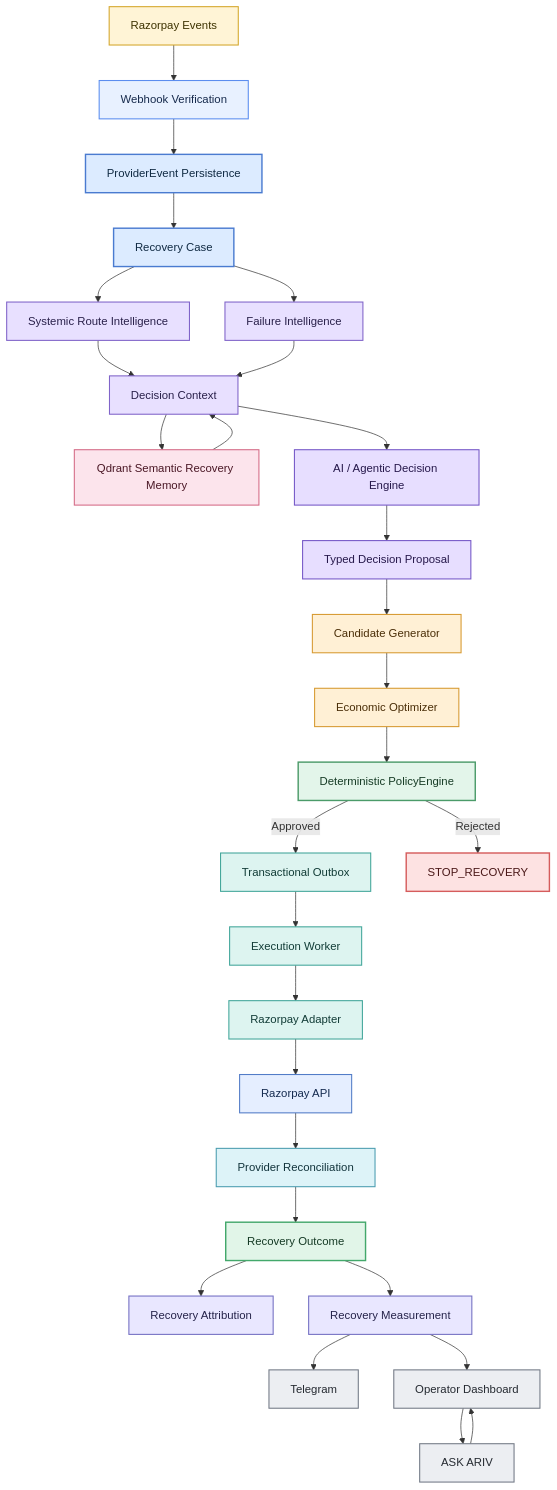
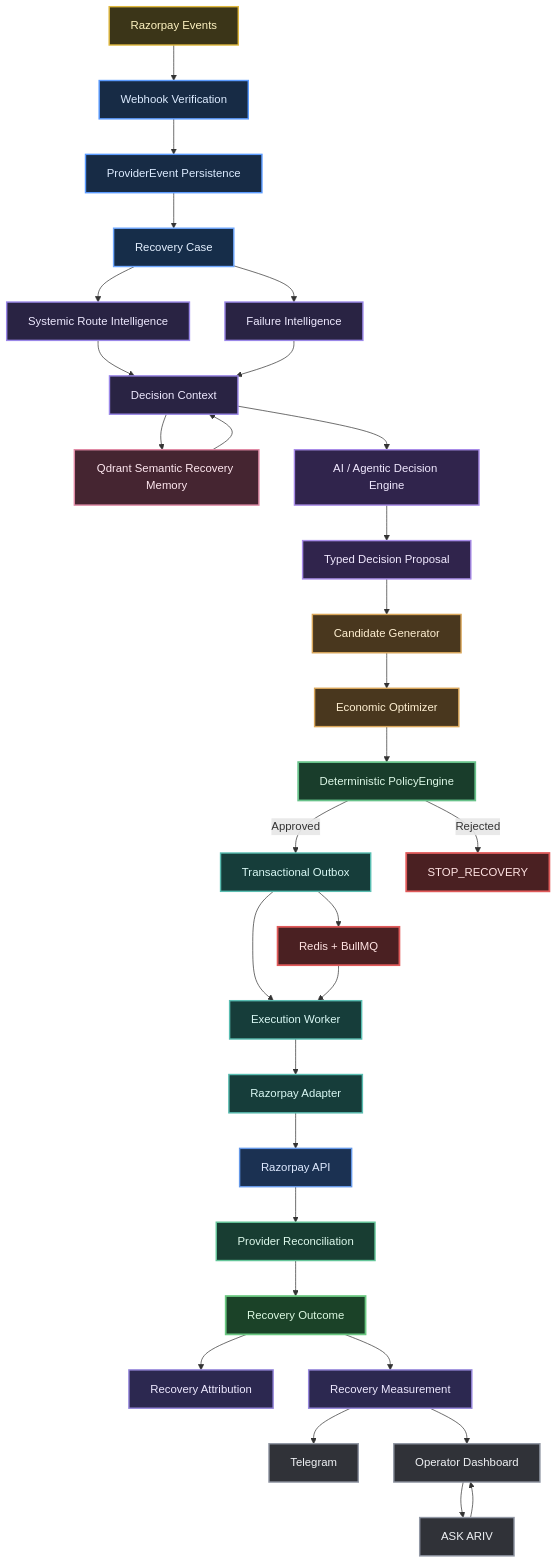
The diagram in README.md (praveen0767/ARIV), drawn with Mermaid before and after one commit.

````diff
--- a/README.md
+++ b/README.md
@@ -161,4 +161,5 @@
 ```mermaid
+
 flowchart TD
     RP[Razorpay Events] --> WH[Webhook Verification]
     WH --> PE[ProviderEvent Persistence]
@@ -197,64 +198,98 @@
     UI --> ASK[ASK ARIV]
     ASK --> UI
 
-    %% =========================
-    %% ARIV SYSTEM COLOR PALETTE
-    %% =========================
+    %% ========================================
+    %% REDIS / QUEUE INFRASTRUCTURE
+    %% ========================================
 
-    classDef provider fill:#FFF4D6,stroke:#D4A72C,color:#3D3200,stroke-width:1.5px;
-    classDef ingestion fill:#E8F1FF,stroke:#5B8DEF,color:#172B4D,stroke-width:1.5px;
-    classDef database fill:#DCEBFF,stroke:#4A7BD0,color:#102A43,stroke-width:2px;
-    classDef intelligence fill:#E8E0FF,stroke:#8064C9,color:#29204A,stroke-width:1.5px;
-    classDef memory fill:#FCE4EC,stroke:#D46A86,color:#4A1725,stroke-width:1.5px;
-    classDef agentic fill:#E7DEFF,stroke:#7557C7,color:#26184B,stroke-width:1.5px;
-    classDef economics fill:#FFF0D5,stroke:#D79A32,color:#4A2E08,stroke-width:1.5px;
-    classDef policy fill:#E3F5EA,stroke:#4B9B69,color:#163B25,stroke-width:2px;
-    classDef execution fill:#DDF4F0,stroke:#42A69A,color:#123C37,stroke-width:1.5px;
-    classDef api fill:#E5EEFF,stroke:#527CC7,color:#152B50,stroke-width:1.5px;
-    classDef reconciliation fill:#DDF3F8,stroke:#4B9DB0,color:#12343C,stroke-width:1.5px;
-    classDef outcome fill:#E1F5E8,stroke:#43A86B,color:#153A25,stroke-width:2px;
-    classDef measurement fill:#E9E7FF,stroke:#736FC2,color:#25234A,stroke-width:1.5px;
-    classDef operator fill:#ECEEF2,stroke:#737A86,color:#252A31,stroke-width:1.5px;
-    classDef stop fill:#FDE2E2,stroke:#D55C5C,color:#4A1818,stroke-width:2px;
+    REDIS[Redis + BullMQ] --> WK
+    OUT --> REDIS
 
-    %% Provider boundary
+    %% ========================================
+    %% DARK ARIV COLOR PALETTE
+    %% ========================================
+
+    %% Razorpay / External Provider
+    classDef provider fill:#3B3518,stroke:#E0B93F,color:#FFF4C2,stroke-width:2px;
+
+    %% Event Ingestion / Persistence
+    classDef ingestion fill:#172B45,stroke:#5B9BFF,color:#DCEBFF,stroke-width:2px;
+
+    %% Recovery Case
+    classDef case fill:#162D49,stroke:#6FA8FF,color:#E4F0FF,stroke-width:2px;
+
+    %% Intelligence Layer
+    classDef intelligence fill:#292343,stroke:#9A87E8,color:#EEE9FF,stroke-width:2px;
+
+    %% Qdrant Semantic Memory
+    classDef memory fill:#452531,stroke:#E08AA5,color:#FFE8F0,stroke-width:2px;
+
+    %% AI / Agentic Reasoning
+    classDef agentic fill:#30244C,stroke:#A88BE8,color:#F1E9FF,stroke-width:2px;
+
+    %% Decision / Economics
+    classDef economics fill:#49371E,stroke:#D9A65A,color:#FFF0D2,stroke-width:2px;
+
+    %% Deterministic Safety Boundary
+    classDef policy fill:#193D2B,stroke:#68C28A,color:#DDF8E7,stroke-width:2.5px;
+
+    %% Durable Execution
+    classDef execution fill:#163D3A,stroke:#59BDB1,color:#D9F8F4,stroke-width:2px;
+
+    %% External API
+    classDef api fill:#1B3152,stroke:#6598E8,color:#DFEAFF,stroke-width:2px;
+
+    %% Provider Reconciliation
+    classDef reconciliation fill:#183D32,stroke:#65C69A,color:#DDF9EC,stroke-width:2px;
+
+    %% Financial Outcome
+    classDef outcome fill:#1B4228,stroke:#6BC982,color:#DDF9E2,stroke-width:2.5px;
+
+    %% Attribution / Measurement
+    classDef measurement fill:#2C2850,stroke:#9889DE,color:#EEE9FF,stroke-width:2px;
+
+    %% Operator Visibility
+    classDef operator fill:#303238,stroke:#9298A5,color:#F0F2F5,stroke-width:2px;
+
+    %% RED #1 — Redis / BullMQ
+    classDef redis fill:#4A2022,stroke:#E05A5A,color:#FFE3E3,stroke-width:2.5px;
+
+    %% RED #2 — Recovery Safety Stop
+    classDef stop fill:#4A2022,stroke:#E05A5A,color:#FFE3E3,stroke-width:2.5px;
+
+    %% ========================================
+    %% NODE COLOR ASSIGNMENTS
+    %% ========================================
+
     class RP provider;
 
-    %% Event ingestion / persistence
-    class WH ingestion;
-    class PE,C database;
+    class WH,PE ingestion;
 
-    %% Intelligence layer
+    class C case;
+
     class FI,SYS,DC intelligence;
 
-    %% Semantic memory
     class Q memory;
 
-    %% AI / reasoning
     class AI,PROP agentic;
 
-    %% Decision / economics
     class GEN,ECON economics;
 
-    %% Deterministic safety boundary
     class POL policy;
-    class STOP stop;
 
-    %% Durable execution
     class OUT,WK,AD execution;
 
-    %% External API boundary
     class RPI api;
 
-    %% Provider truth / reconciliation
     class RECON reconciliation;
 
-    %% Financial outcome
     class OC outcome;
 
-    %% Attribution / measurement
     class ATTR,MEAS measurement;
 
-    %% Operator surfaces
     class TG,UI,ASK operator;
+
+    class REDIS redis;
+
+    class STOP stop;
 ```
````
